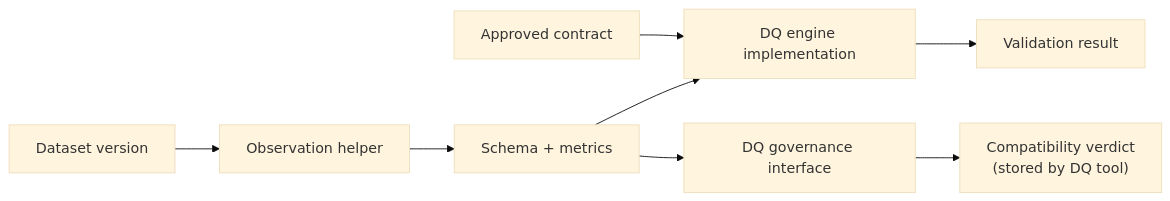
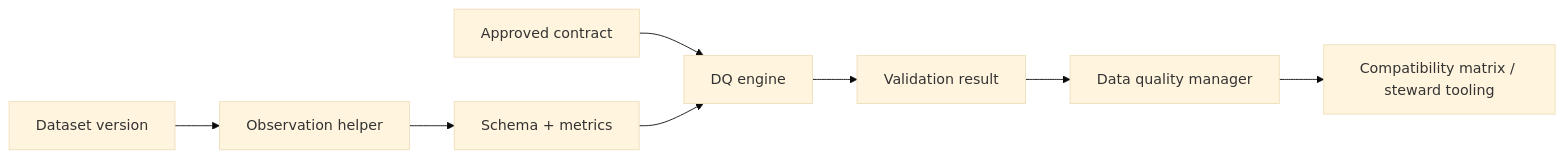
The diagram in docs/component-data-quality-engine.md (NextLab-SRL/dc43), drawn with Mermaid (base theme) before and after one commit. The commit also changed other lines of this file and 17 other files, not shown here.

Commit message:
Fix data quality manager module docstring

````diff
--- a/docs/component-data-quality-engine.md
+++ b/docs/component-data-quality-engine.md
@@ -28,10 +28,10 @@
 ```mermaid
 flowchart LR
-    Contract["Approved contract"] --> Engine["DQ engine implementation"]
+    Contract["Approved contract"] --> Engine["DQ engine"]
     Dataset["Dataset version"] --> Collector["Observation helper"]
     Collector --> Evidence["Schema + metrics"]
     Evidence --> Engine
     Engine --> Metrics["Validation result"]
-    Evidence --> Governance["DQ governance interface"]
-    Governance --> Verdict["Compatibility verdict\n(stored by DQ tool)"]
+    Metrics --> DQMgr["Data quality manager"]
+    DQMgr --> Governance["Compatibility matrix / steward tooling"]
 ```
````
